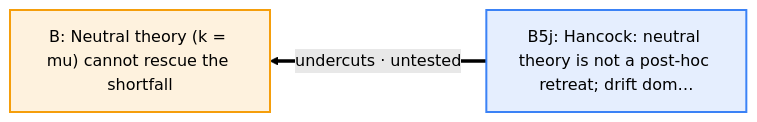
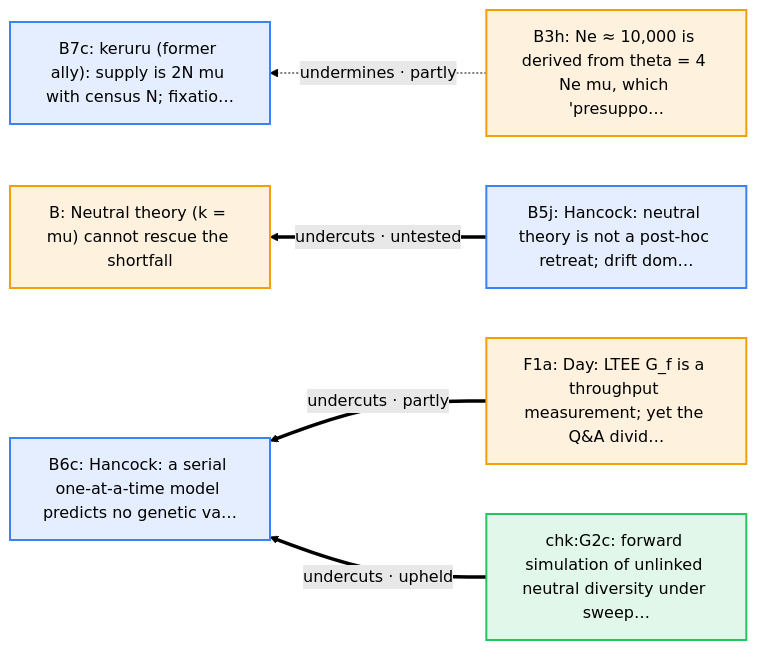
Before and after one commit to nickallevato/evo-sim: the seventh of 19 diagrams in docs/arguments/defeaters.md, drawn with Mermaid (forest theme). The commit also changed other lines of this file and 18 other files, not shown here.

````diff
--- a/docs/arguments/defeaters.md
+++ b/docs/arguments/defeaters.md
@@ -367,11 +364,19 @@
 ```mermaid
 flowchart RL
   classDef day fill:#f59e0b22,stroke:#f59e0b,stroke-width:2px
   classDef ally fill:#d9770622,stroke:#d97706,stroke-width:2px
   classDef critic fill:#3b82f622,stroke:#3b82f6,stroke-width:2px
   classDef literature fill:#a3a3a322,stroke:#a3a3a3,stroke-width:2px
   classDef audit fill:#22c55e22,stroke:#22c55e,stroke-width:2px
   B["B: Neutral theory (k = mu) cannot rescue the shortfall"]:::day
+  B3h["B3h: Ne ≈ 10,000 is derived from theta = 4 Ne mu, which 'presuppo…"]:::day
   B5j["B5j: Hancock: neutral theory is not a post-hoc retreat; drift dom…"]:::critic
+  B6c["B6c: Hancock: a serial one-at-a-time model predicts no genetic va…"]:::critic
+  B7c["B7c: keruru (former ally): supply is 2N mu with census N; fixatio…"]:::critic
+  F1a["F1a: Day: LTEE G_f is a throughput measurement; yet the Q&A divid…"]:::day
+  chk_G2c["chk:G2c: forward simulation of unlinked neutral diversity under sweep…"]:::audit
+  F1a ==>|"undercuts · partly"| B6c
+  chk_G2c ==>|"undercuts · upheld"| B6c
+  B3h -.->|"undermines · partly"| B7c
   B5j ==>|"undercuts · untested"| B
 ```
````
